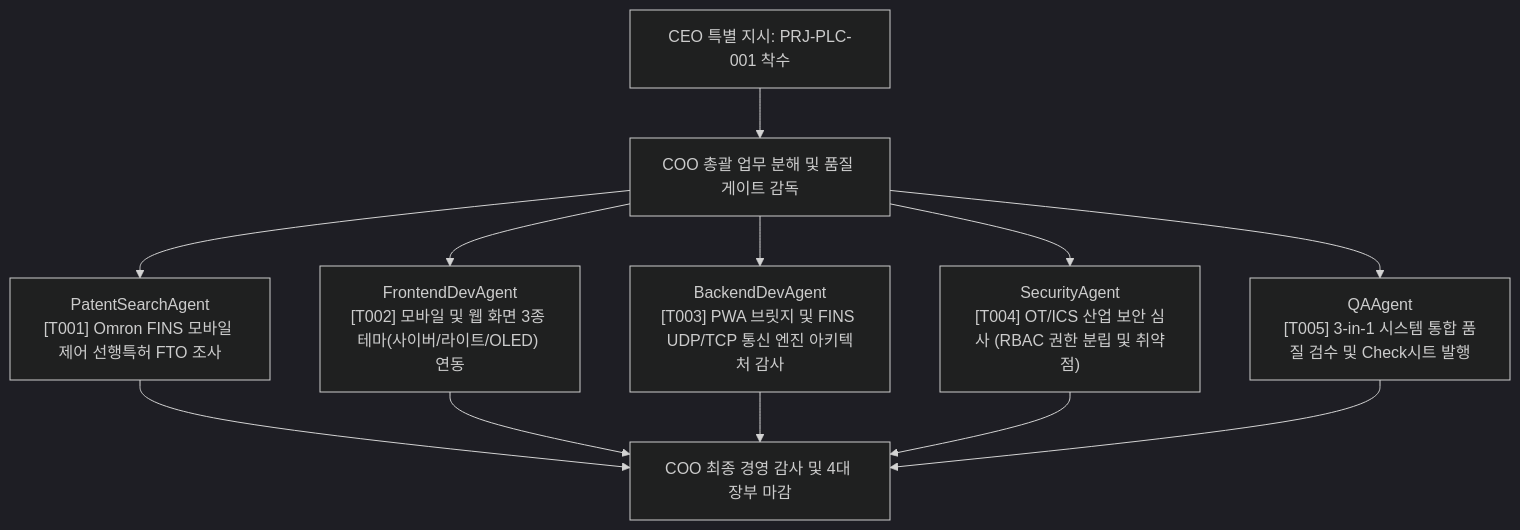
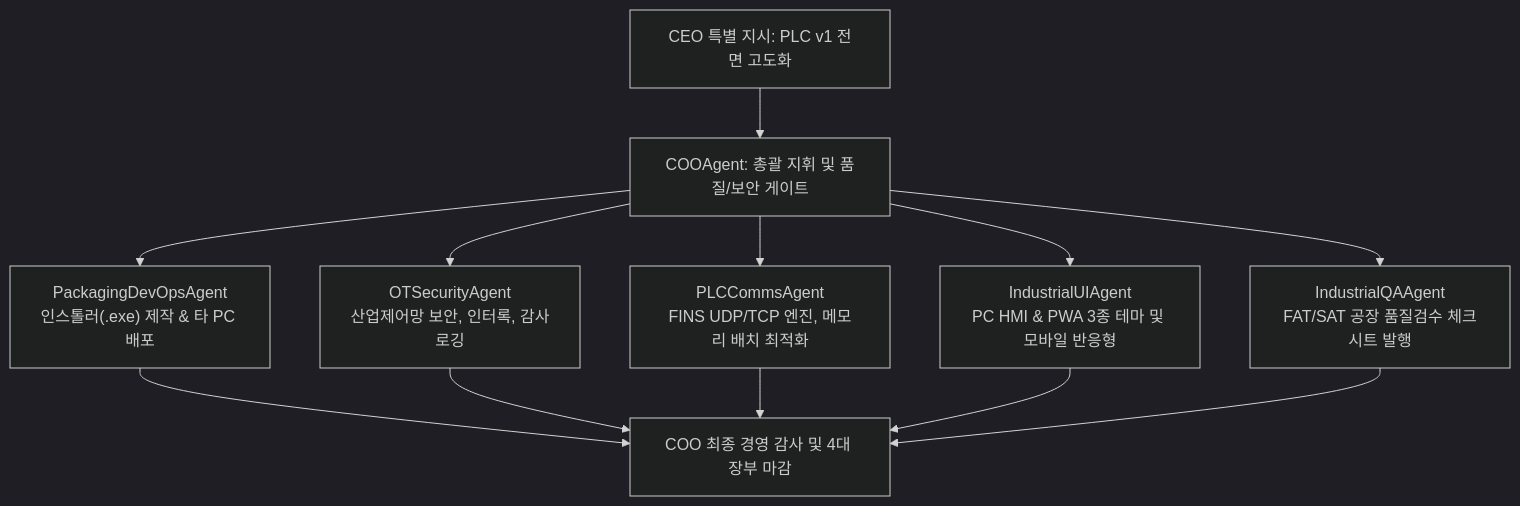
One commit to kang1976/virtual-company-os-hmi changed the diagram in COMPANY_LEDGERS/PROJECTS/PRJ-PLC-001.md. Above: the diagram before and after it, drawn with Mermaid (dark theme). The commit also changed other lines of this file and 275 other files, not shown here.

Commit message:
feat(plc-v1): cleanup junk files, build setup installer, complete security audit, and assign specialist agents

````diff
--- a/COMPANY_LEDGERS/PROJECTS/PRJ-PLC-001.md
+++ b/COMPANY_LEDGERS/PROJECTS/PRJ-PLC-001.md
@@ -30,14 +32,14 @@
 ```mermaid
 flowchart TD
-    CEO["CEO 특별 지시: PRJ-PLC-001 착수"] --> COO["COO 총괄 업무 분해 및 품질 게이트 감독"]
-    COO --> T1["PatentSearchAgent<br/>[T001] Omron FINS 모바일 제어 선행특허 FTO 조사"]
-    COO --> T2["FrontendDevAgent<br/>[T002] 모바일 및 웹 화면 3종 테마(사이버/라이트/OLED) 연동"]
-    COO --> T3["BackendDevAgent<br/>[T003] PWA 브릿지 및 FINS UDP/TCP 통신 엔진 아키텍처 감사"]
-    COO --> T4["SecurityAgent<br/>[T004] OT/ICS 산업 보안 심사 (RBAC 권한 분립 및 취약점)"]
-    COO --> T5["QAAgent<br/>[T005] 3-in-1 시스템 통합 품질 검수 및 Check시트 발행"]
-    T1 --> COO_GATE["COO 최종 경영 감사 및 4대 장부 마감"]
-    T2 --> COO_GATE
-    T3 --> COO_GATE
-    T4 --> COO_GATE
-    T5 --> COO_GATE
+    CEO["CEO 특별 지시: PLC v1 전면 고도화"] --> COO["COOAgent: 총괄 지휘 및 품질/보안 게이트"]
+    COO --> A1["PackagingDevOpsAgent<br/>인스톨러(.exe) 제작 & 타 PC 배포"]
+    COO --> A2["OTSecurityAgent<br/>산업제어망 보안, 인터록, 감사로깅"]
+    COO --> A3["PLCCommsAgent<br/>FINS UDP/TCP 엔진, 메모리 배치 최적화"]
+    COO --> A4["IndustrialUIAgent<br/>PC HMI & PWA 3종 테마 및 모바일 반응형"]
+    COO --> A5["IndustrialQAAgent<br/>FAT/SAT 공장 품질검수 체크시트 발행"]
+    A1 --> COO_GATE["COO 최종 경영 감사 및 4대 장부 마감"]
+    A2 --> COO_GATE
+    A3 --> COO_GATE
+    A4 --> COO_GATE
+    A5 --> COO_GATE
 ```
````
